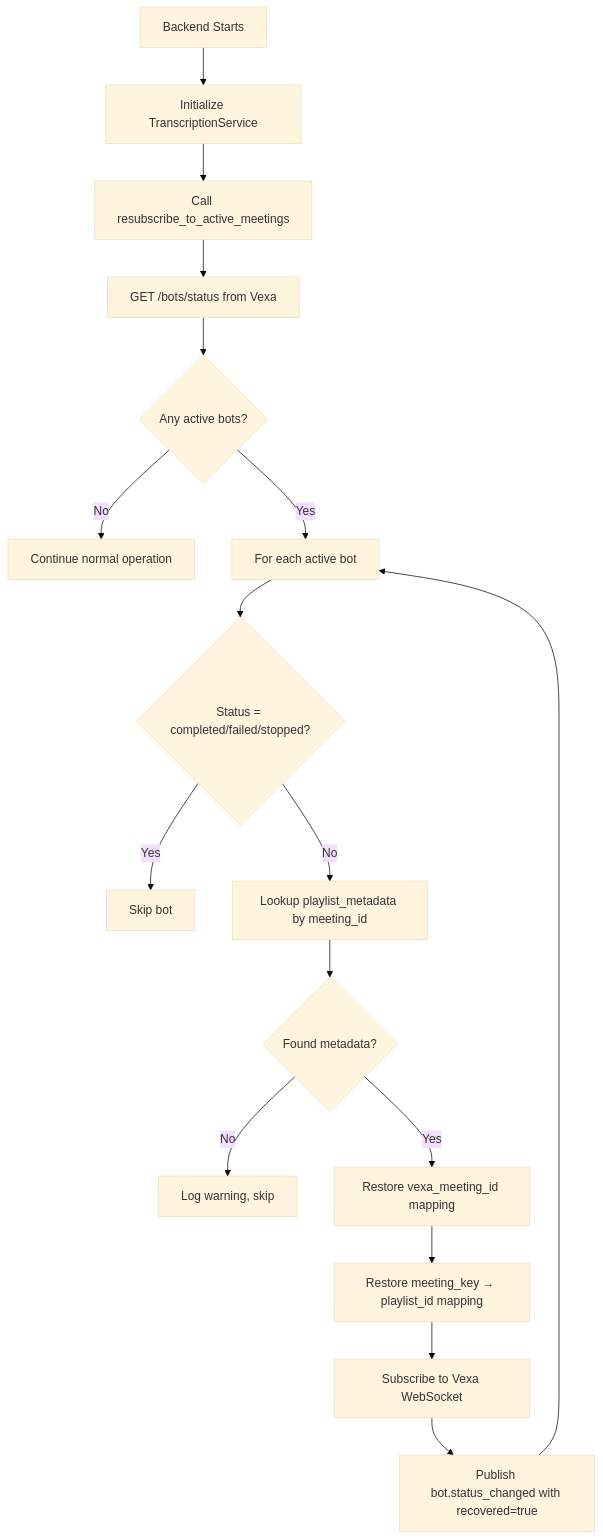
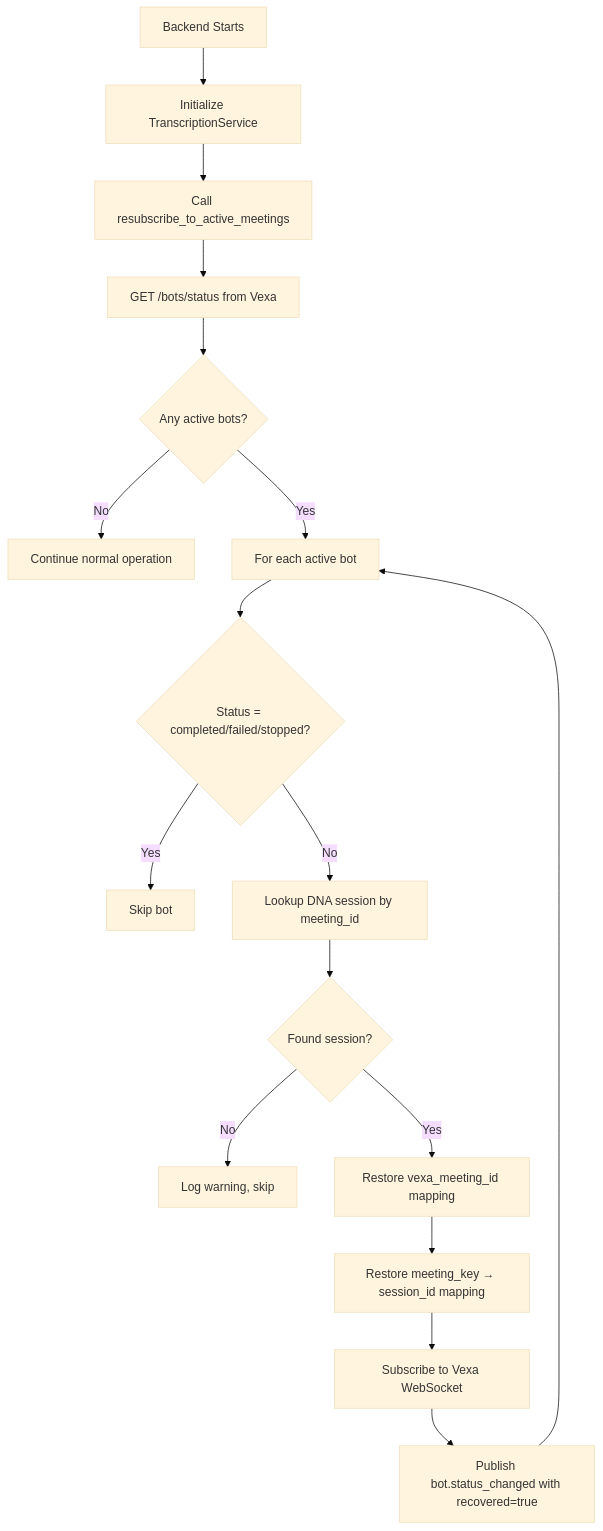
One commit to AcademySoftwareFoundation/dna changed the sixth of 7 diagrams in backend/docs/TRANSCRIPTION_PIPELINE.md. Above: the diagram before and after it, drawn with Mermaid (base theme). The commit also changed other lines of this file and 99 other files, not shown here.

First line of the commit message:
#258 Add session provider and multi-playlist functionality (#276)

````diff
--- a/backend/docs/TRANSCRIPTION_PIPELINE.md
+++ b/backend/docs/TRANSCRIPTION_PIPELINE.md
@@ -917,22 +905,22 @@
 ```mermaid
 flowchart TD
     A[Backend Starts] --> B[Initialize TranscriptionService]
     B --> C[Call resubscribe_to_active_meetings]
     C --> D[GET /bots/status from Vexa]
     D --> E{Any active bots?}
     E -->|No| F[Continue normal operation]
     E -->|Yes| G[For each active bot]
 
     G --> H{Status = completed/failed/stopped?}
     H -->|Yes| I[Skip bot]
-    H -->|No| J[Lookup playlist_metadata by meeting_id]
+    H -->|No| J[Lookup DNA session by meeting_id]
 
-    J --> K{Found metadata?}
+    J --> K{Found session?}
     K -->|No| L[Log warning, skip]
     K -->|Yes| M[Restore vexa_meeting_id mapping]
 
-    M --> N[Restore meeting_key → playlist_id mapping]
+    M --> N[Restore meeting_key → session_id mapping]
     N --> O[Subscribe to Vexa WebSocket]
     O --> P[Publish bot.status_changed with recovered=true]
     P --> G
 ```
````
